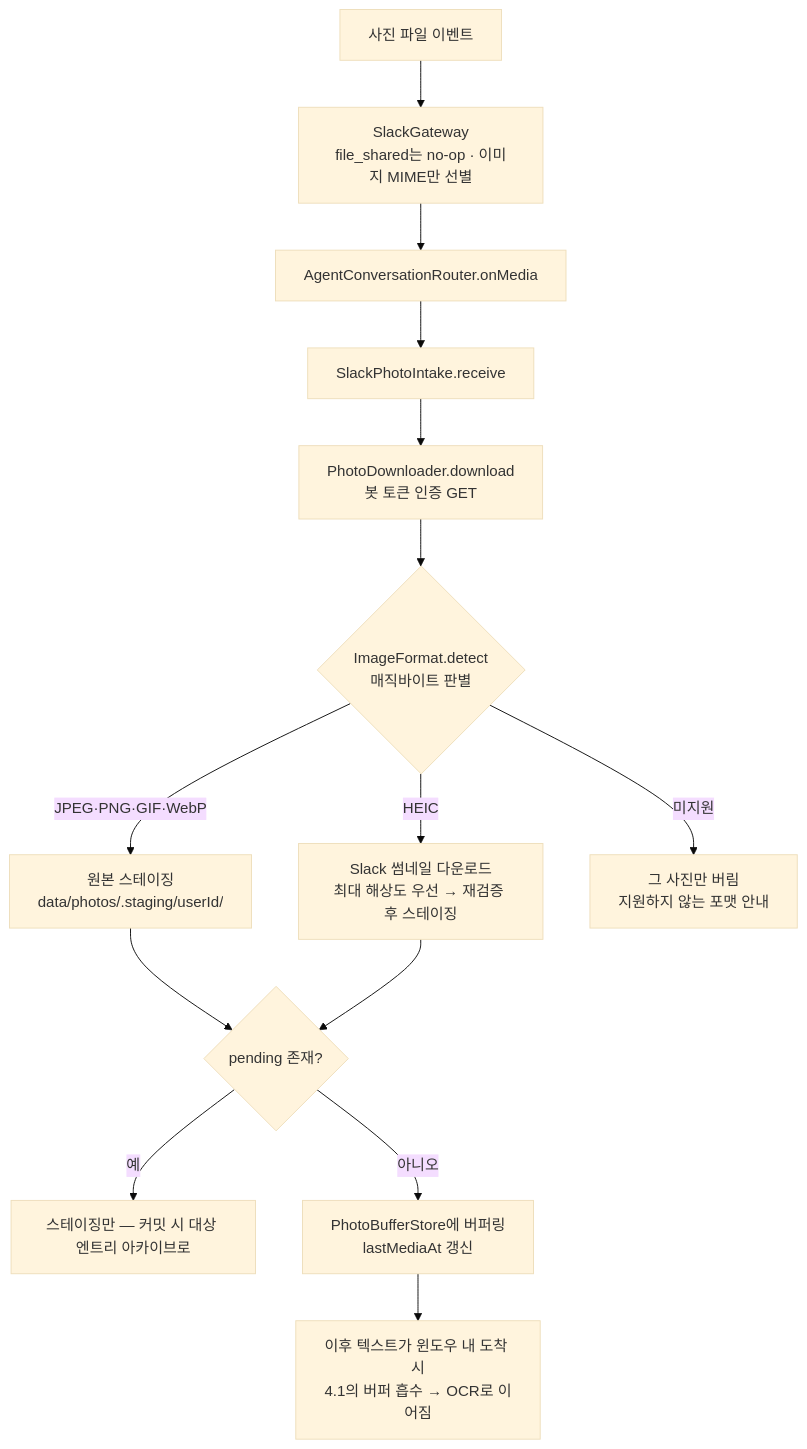
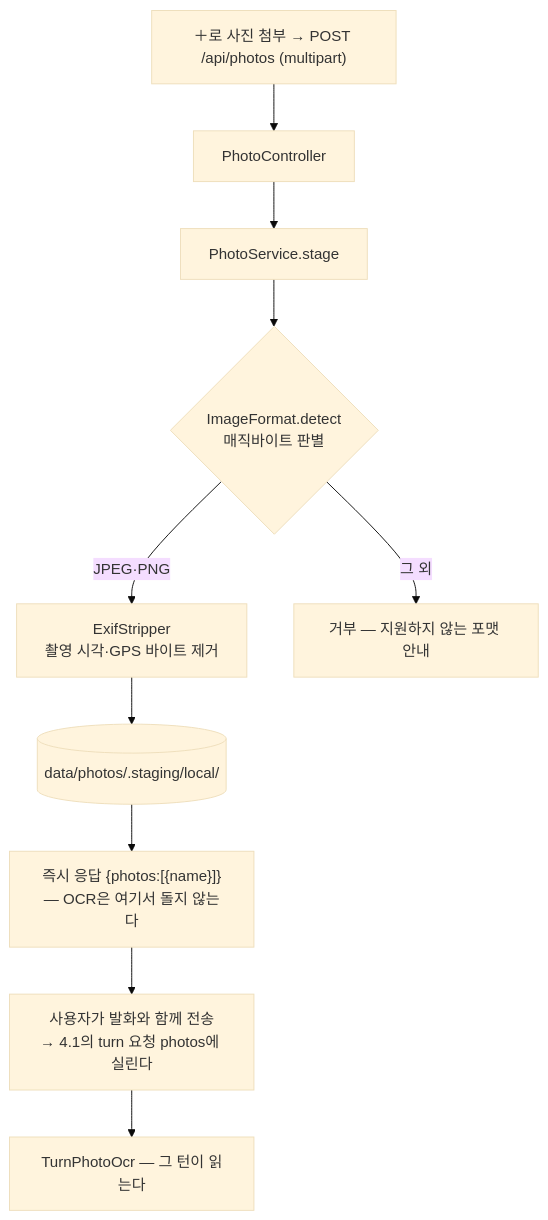
Before and after one commit to devwuu/mocha: the third of 9 diagrams in docs/architecture-classes-and-flows.md, drawn with Mermaid (base theme). The commit also changed other lines of this file and 1 other file, not shown here.

````diff
--- a/docs/architecture-classes-and-flows.md
+++ b/docs/architecture-classes-and-flows.md
@@ -417,15 +442,12 @@
 ```mermaid
 flowchart TB
-    A[사진 파일 이벤트] --> B[SlackGateway<br/>file_shared는 no-op · 이미지 MIME만 선별]
-    B --> C[AgentConversationRouter.onMedia] --> D[SlackPhotoIntake.receive]
-    D --> E[PhotoDownloader.download<br/>봇 토큰 인증 GET]
-    E --> F{ImageFormat.detect<br/>매직바이트 판별}
-    F -->|JPEG·PNG·GIF·WebP| G[원본 스테이징<br/>data/photos/.staging/userId/]
-    F -->|HEIC| H[Slack 썸네일 다운로드<br/>최대 해상도 우선 → 재검증 후 스테이징]
-    F -->|미지원| I[그 사진만 버림<br/>지원하지 않는 포맷 안내]
-    G --> J{pending 존재?}
-    H --> J
-    J -->|예| K[스테이징만 — 커밋 시 대상 엔트리 아카이브로]
-    J -->|아니오| L[PhotoBufferStore에 버퍼링<br/>lastMediaAt 갱신]
-    L --> M[이후 텍스트가 윈도우 내 도착 시<br/>4.1의 버퍼 흡수 → OCR로 이어짐]
+    A["＋로 사진 첨부 → POST /api/photos (multipart)"] --> B[PhotoController]
+    B --> C[PhotoService.stage]
+    C --> D{ImageFormat.detect<br/>매직바이트 판별}
+    D -->|JPEG·PNG| E[ExifStripper<br/>촬영 시각·GPS 바이트 제거]
+    D -->|그 외| F[거부 — 지원하지 않는 포맷 안내]
+    E --> G[(data/photos/.staging/local/)]
+    G --> H["즉시 응답 {photos:[{name}]}<br/>— OCR은 여기서 돌지 않는다"]
+    H --> I["사용자가 발화와 함께 전송<br/>→ 4.1의 turn 요청 photos에 실린다"]
+    I --> J[TurnPhotoOcr — 그 턴이 읽는다]
 ```
````
